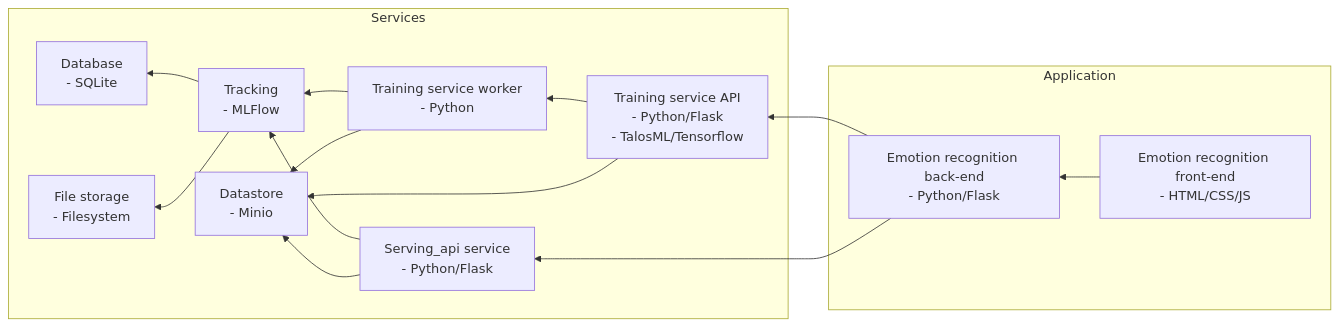
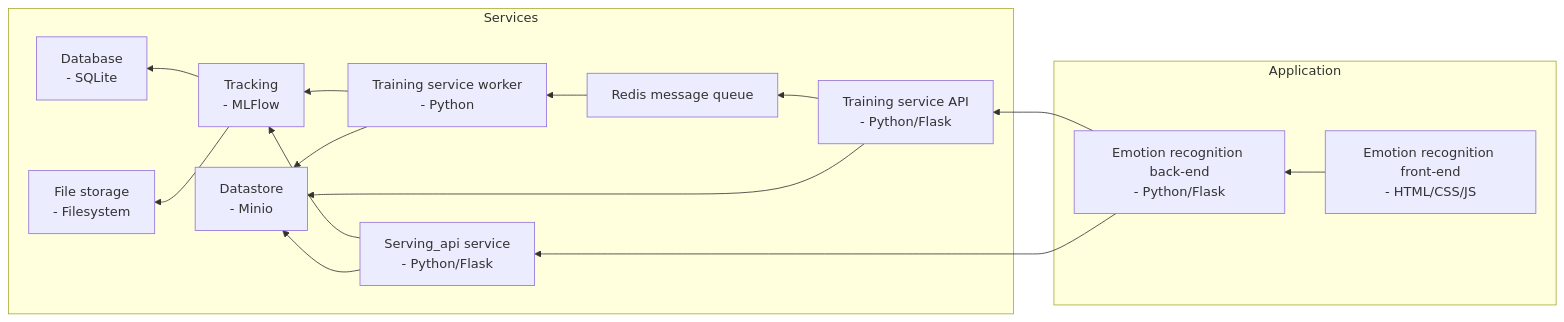
Before and after one commit to Research-Center-Data-Intelligence/CHIMP: the diagram in README.md, drawn with Mermaid. The commit also changed other lines of this file, not shown here.

````diff
--- a/README.md
+++ b/README.md
@@ -26,19 +29,20 @@
 ```mermaid
 graph RL
 ;
     subgraph Application
         afe[Emotion recognition front-end<br/>- HTML/CSS/JS] --> abe[Emotion recognition back-end<br/>- Python/Flask];
     end
-    abe --> tapi[Training service API<br/>- Python/Flask<br/>- TalosML/Tensorflow];
+    abe --> tapi[Training service API<br/>- Python/Flask];
     abe --> srv[Serving_api service<br/>- Python/Flask];
     subgraph Services
-        tapi --> twork[Training service worker<br/>- Python];
+        tapi --> mq[Redis message queue];
+        mq --> twork[Training service worker<br/>- Python];
         twork --> mlf[Tracking<br/>- MLFlow];
         srv --> mlf;
         mlf --> db[Database<br/>- SQLite];
         mlf --> fs[File storage<br/>- Filesystem];
         srv --> ds[Datastore<br/>- Minio];
         tapi --> ds;
         twork --> ds;
     end
 ```
````
